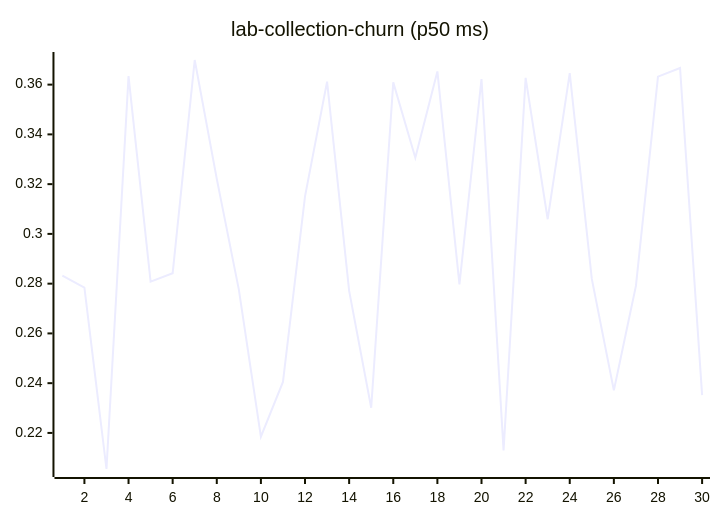
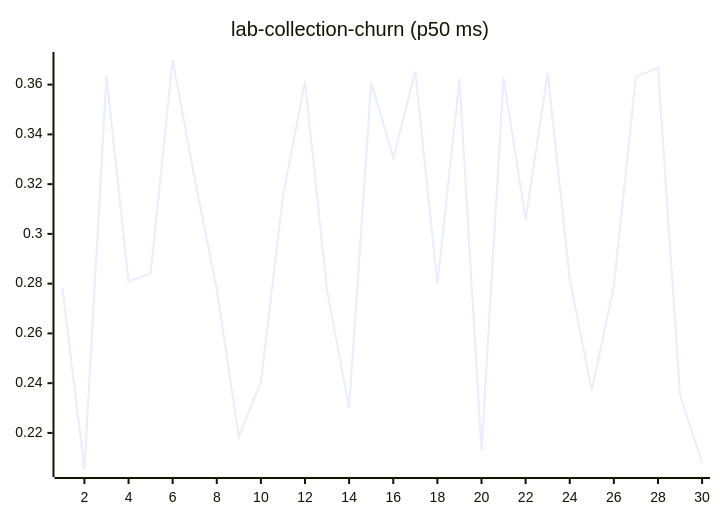
Diagram 11 of 27 in README.md (josha/Facet), drawn with Mermaid before and after one commit. The commit also changed other lines of this file and 2 other files, not shown here.

````diff
--- a/README.md
+++ b/README.md
@@ -133,6 +133,6 @@
 ```mermaid
 xychart-beta
     title "lab-collection-churn (p50 ms)"
     x-axis 1 --> 30
-    line [0.2832, 0.2784, 0.2055, 0.3634, 0.2808, 0.2842, 0.3699, 0.3221, 0.2776, 0.2185, 0.2405, 0.3151, 0.3612, 0.2771, 0.2301, 0.3609, 0.3306, 0.3653, 0.2797, 0.3622, 0.2130, 0.3627, 0.3059, 0.3646, 0.2819, 0.2371, 0.2791, 0.3632, 0.3667, 0.2352]
+    line [0.2784, 0.2055, 0.3634, 0.2808, 0.2842, 0.3699, 0.3221, 0.2776, 0.2185, 0.2405, 0.3151, 0.3612, 0.2771, 0.2301, 0.3609, 0.3306, 0.3653, 0.2797, 0.3622, 0.2130, 0.3627, 0.3059, 0.3646, 0.2819, 0.2371, 0.2791, 0.3632, 0.3667, 0.2352, 0.2080]
 ```
````
